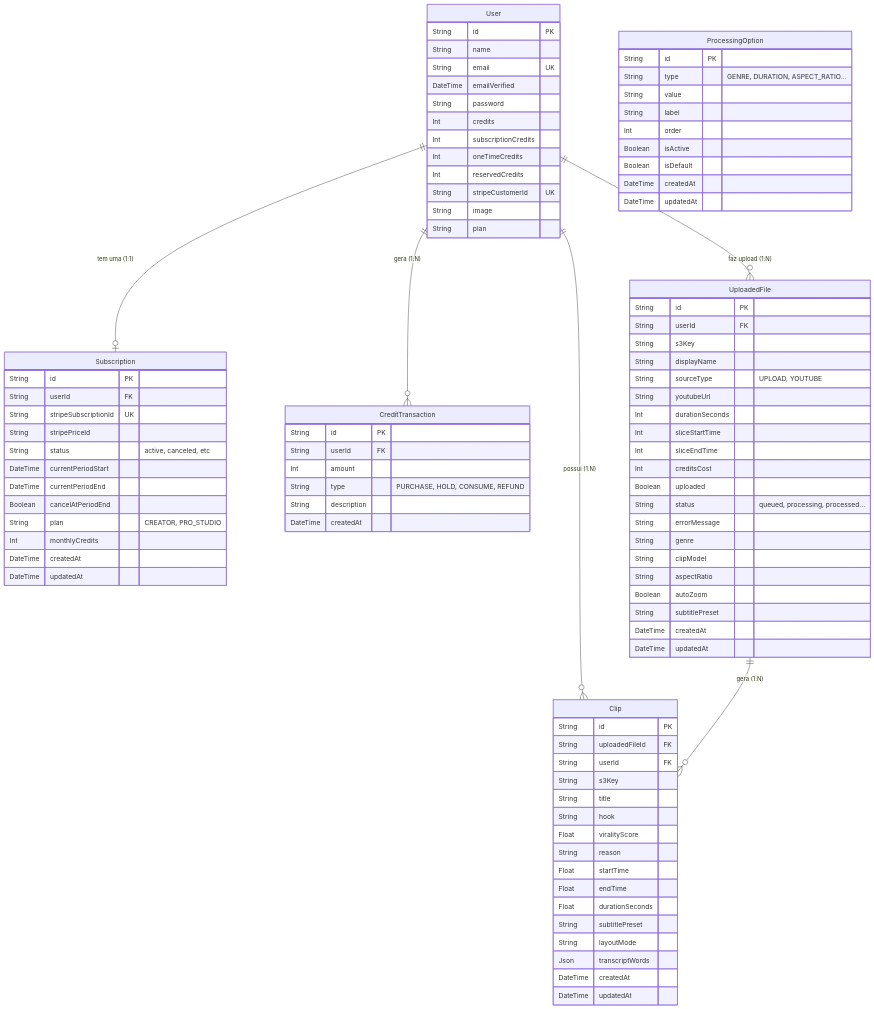
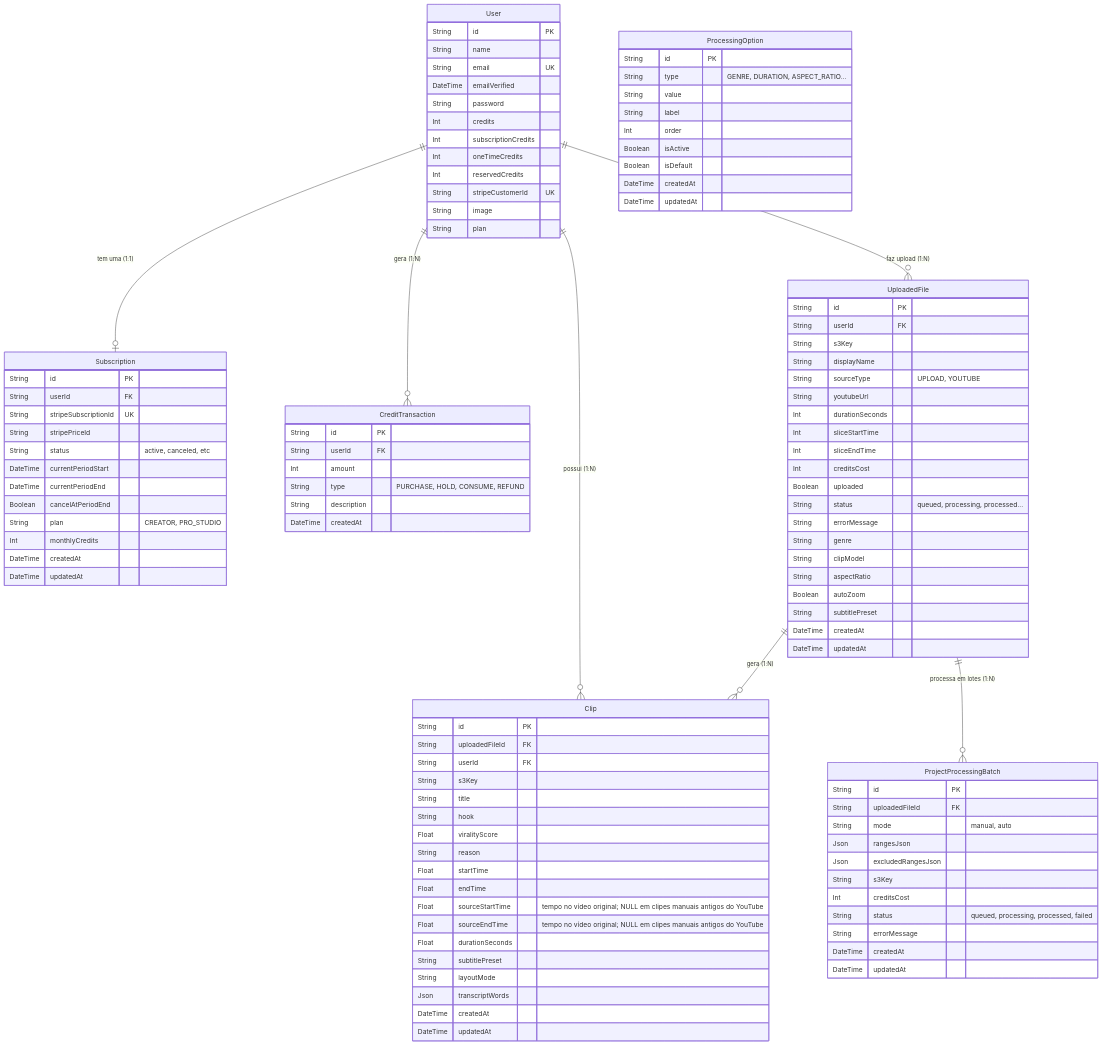
Before and after one commit to thuansilva/ai-podcast-clipper-saas: the diagram in docs/arquitetura/visao-dados-modelo-er.md, drawn with Mermaid. The commit also changed other lines of this file and 90 other files, not shown here.

```diff
--- a/docs/arquitetura/visao-dados-modelo-er.md
+++ b/docs/arquitetura/visao-dados-modelo-er.md
@@ -9,6 +9,7 @@
     User ||--o{ UploadedFile : "faz upload (1:N)"
     User ||--o{ Clip : "possui (1:N)"
     UploadedFile ||--o{ Clip : "gera (1:N)"
+    UploadedFile ||--o{ ProjectProcessingBatch : "processa em lotes (1:N)"
 
     User {
         String id PK
@@ -72,6 +73,20 @@
         DateTime updatedAt
     }
 
+    ProjectProcessingBatch {
+        String id PK
+        String uploadedFileId FK
+        String mode "manual, auto"
+        Json rangesJson
+        Json excludedRangesJson
+        String s3Key
+        Int creditsCost
+        String status "queued, processing, processed, failed"
+        String errorMessage
+        DateTime createdAt
+        DateTime updatedAt
+    }
+
     Clip {
         String id PK
         String uploadedFileId FK
@@ -83,6 +98,8 @@
         String reason
         Float startTime
         Float endTime
+        Float sourceStartTime "tempo no vídeo original; NULL em clipes manuais antigos do YouTube"
+        Float sourceEndTime "tempo no vídeo original; NULL em clipes manuais antigos do YouTube"
         Float durationSeconds
         String subtitlePreset
         String layoutMode
```
